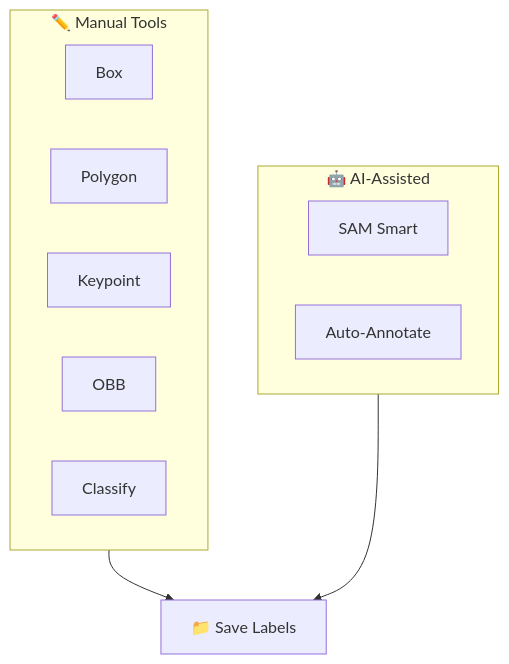
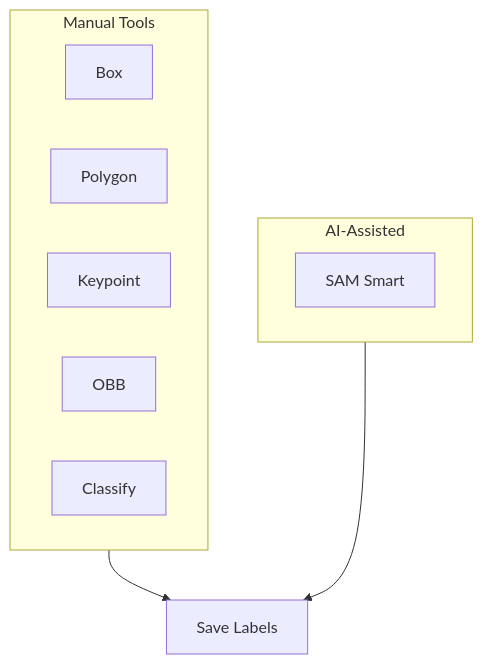
The first of 3 diagrams in docs/en/platform/data/annotation.md (Dadalia1917/Yolo-RT-DETR-TrainCode), drawn with Mermaid before and after one commit. The commit also changed other lines of this file and 303 other files, not shown here.

````diff
--- a/docs/en/platform/data/annotation.md
+++ b/docs/en/platform/data/annotation.md
@@ -13,11 +13,11 @@
 ```mermaid
 graph TB
-    subgraph Manual["✏️ Manual Tools"]
+    subgraph Manual["Manual Tools"]
         A[Box] & B[Polygon] & C[Keypoint] & D[OBB] & E[Classify]
     end
-    subgraph AI["🤖 AI-Assisted"]
-        F[SAM Smart] & G[Auto-Annotate]
+    subgraph AI["AI-Assisted"]
+        F[SAM Smart]
     end
-    Manual --> H[📁 Save Labels]
+    Manual --> H[Save Labels]
     AI --> H
 ```
````
